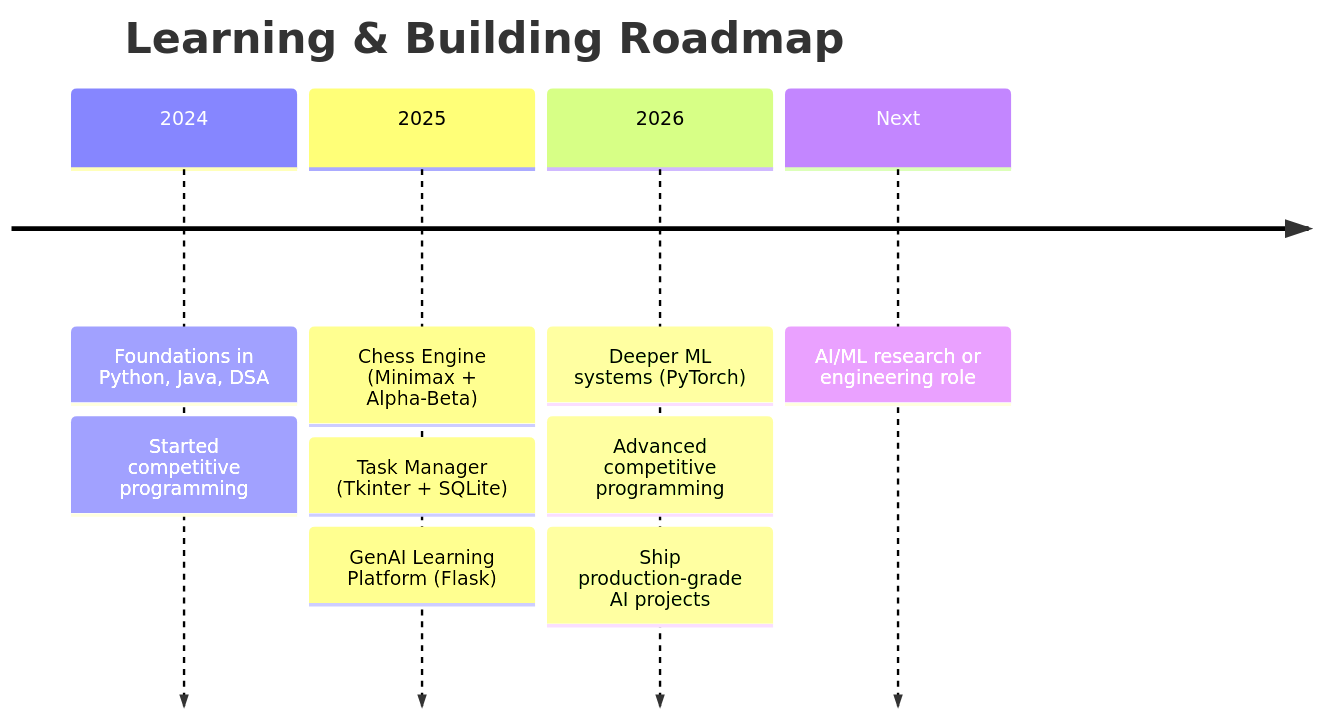
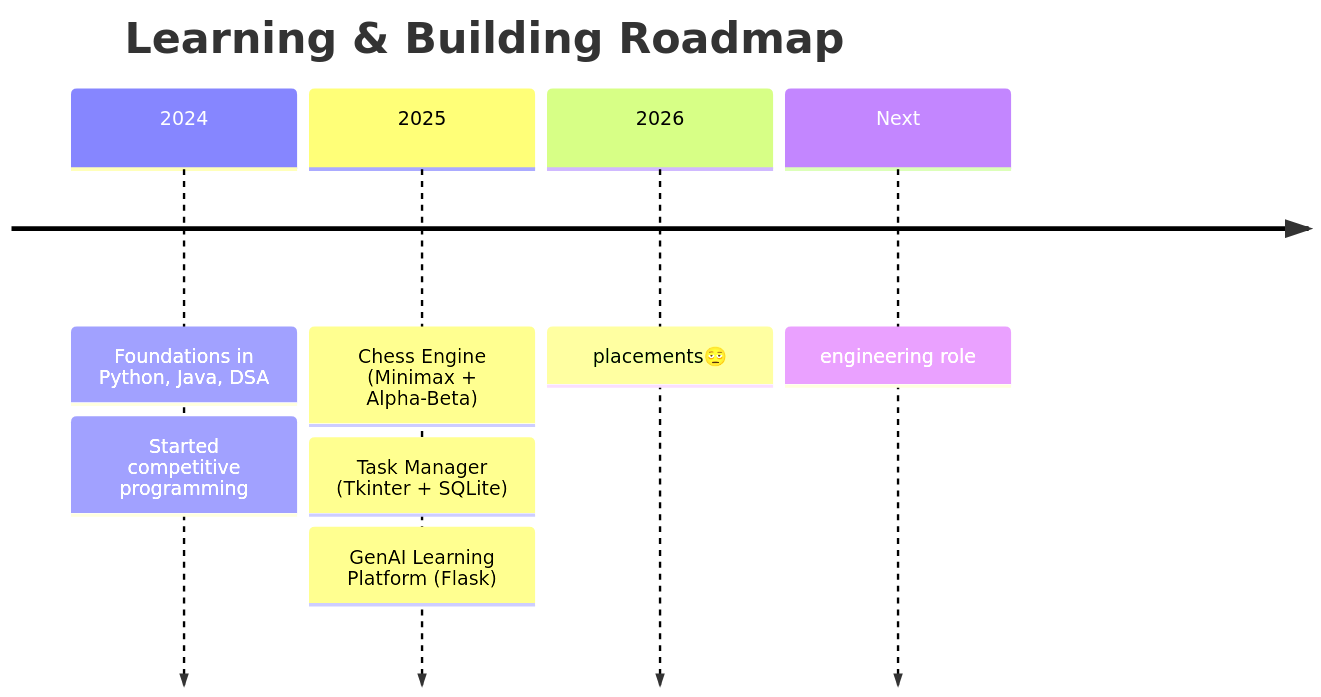
Before and after one commit to yashu440/yashu440: the second of 2 diagrams in README.md, drawn with Mermaid. The commit also changed other lines of this file, not shown here.

````diff
--- a/README.md
+++ b/README.md
@@ -429,13 +429,11 @@
 ```mermaid
 timeline
     title Learning & Building Roadmap
     2024 : Foundations in Python, Java, DSA
          : Started competitive programming
     2025 : Chess Engine (Minimax + Alpha-Beta)
          : Task Manager (Tkinter + SQLite)
          : GenAI Learning Platform (Flask)
-    2026 : Deeper ML systems (PyTorch)
-         : Advanced competitive programming
-         : Ship production-grade AI projects
-    Next : AI/ML research or engineering role
+    2026 : placements🫩
+    Next :  engineering role
 ```
````
